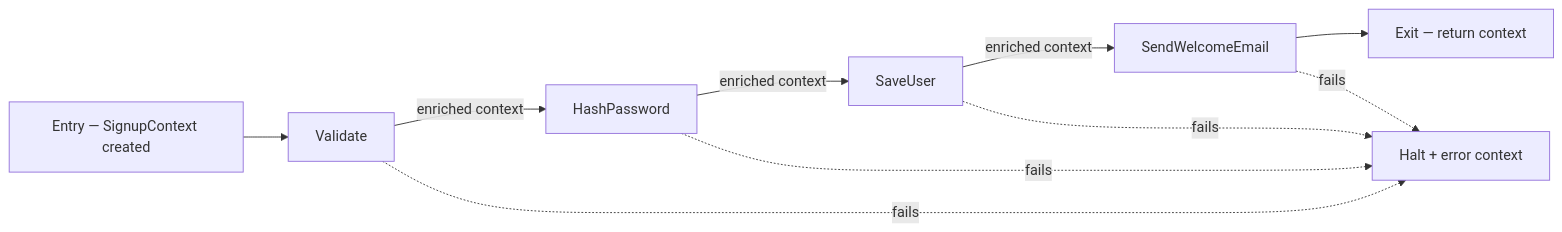
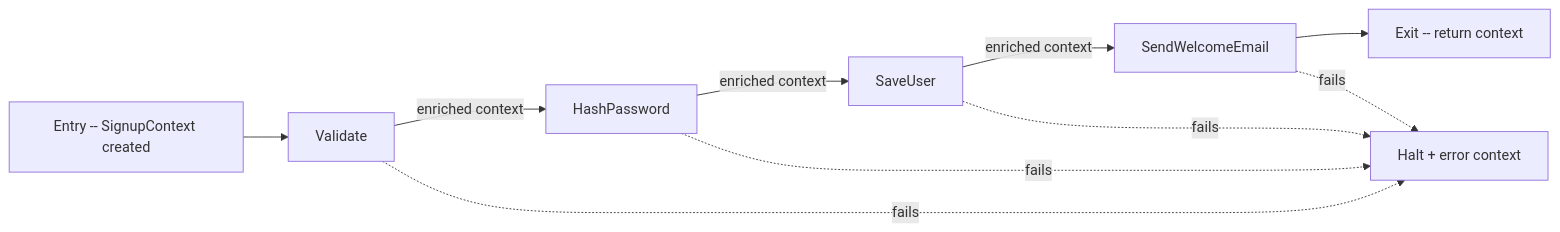
One commit to BinaryBand/adrift changed the third of 4 diagrams in docs/DESIGN.md. Above: the diagram before and after it, drawn with Mermaid. The commit also changed other lines of this file and 125 other files, not shown here.

````diff
--- a/docs/DESIGN.md
+++ b/docs/DESIGN.md
@@ -137,20 +137,20 @@
 ```mermaid
 flowchart LR
-    E["Entry — SignupContext created"]
+    E["Entry -- SignupContext created"]
     S1["Validate"]
     S2["HashPassword"]
     S3["SaveUser"]
     S4["SendWelcomeEmail"]
-    X["Exit — return context"]
+    X["Exit -- return context"]
     Err["Halt + error context"]
 
     E --> S1
     S1 -->|"enriched context"| S2
     S2 -->|"enriched context"| S3
     S3 -->|"enriched context"| S4
     S4 --> X
     S1 -. "fails" .-> Err
     S2 -. "fails" .-> Err
     S3 -. "fails" .-> Err
     S4 -. "fails" .-> Err
 ```
````
